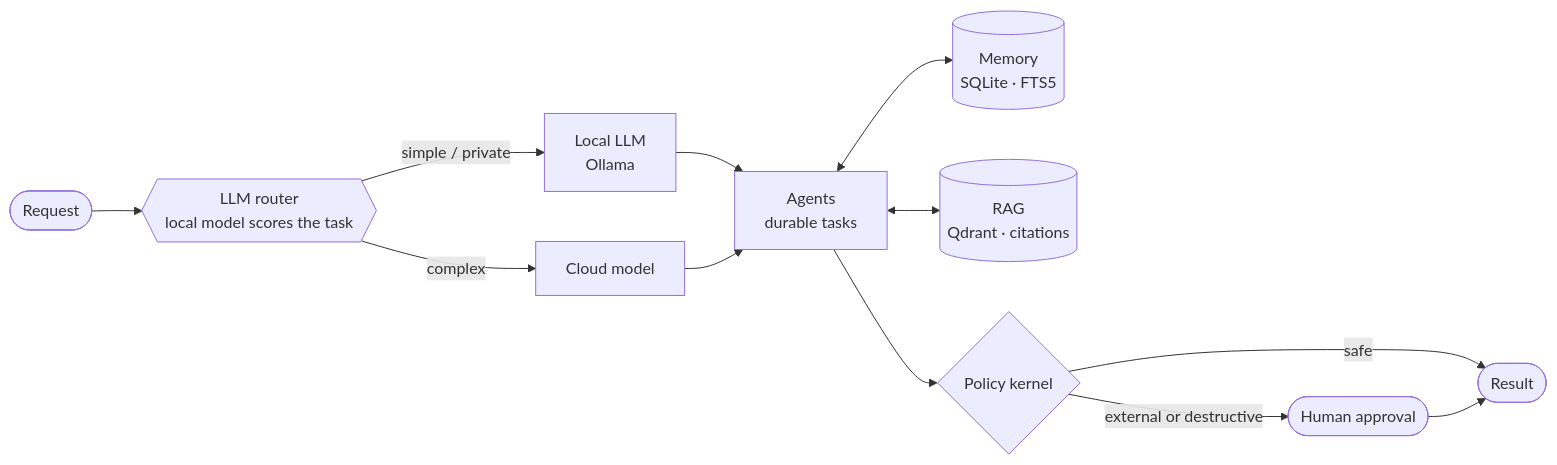
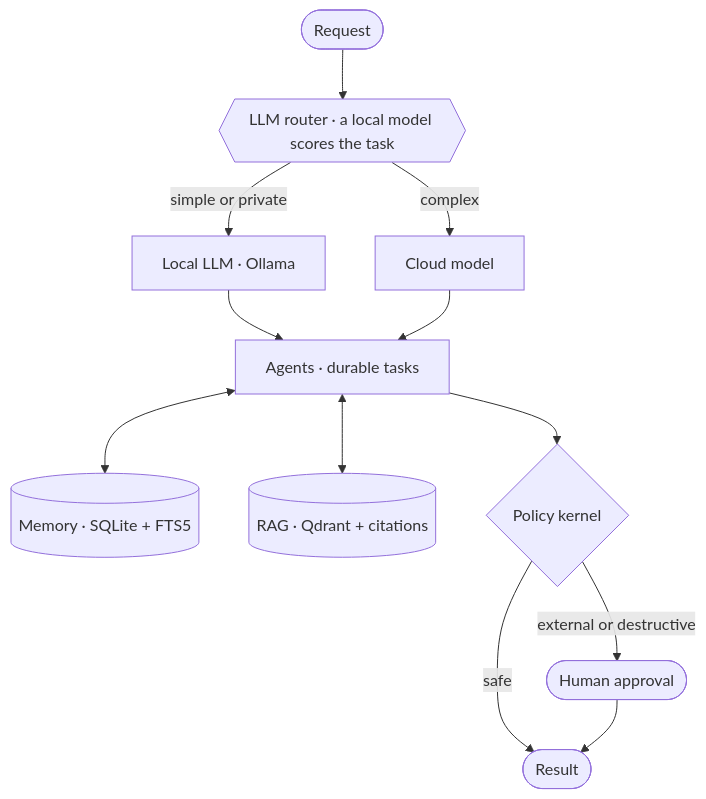
Before and after one commit to zaiddiab/zaiddiab: the diagram in README.md, drawn with Mermaid.

Commit message:
README: top-down architecture diagram for readability

````diff
--- a/README.md
+++ b/README.md
@@ -30,12 +30,14 @@
 ```mermaid
-flowchart LR
-    Q([Request]) --> R{{"LLM router<br/>local model scores the task"}}
-    R -- simple / private --> L["Local LLM<br/>Ollama"]
-    R -- complex --> C["Cloud model"]
-    L & C --> A["Agents<br/>durable tasks"]
-    A <--> M[("Memory<br/>SQLite · FTS5")]
-    A <--> K[("RAG<br/>Qdrant · citations")]
+flowchart TD
+    Q([Request]) --> R{{"LLM router · a local model scores the task"}}
+    R -->|simple or private| L["Local LLM · Ollama"]
+    R -->|complex| C["Cloud model"]
+    L --> A["Agents · durable tasks"]
+    C --> A
+    A <--> M[("Memory · SQLite + FTS5")]
+    A <--> K[("RAG · Qdrant + citations")]
     A --> P{"Policy kernel"}
-    P -- safe --> O([Result])
-    P -- external or destructive --> H(["Human approval"]) --> O
+    P -->|safe| O([Result])
+    P -->|external or destructive| H(["Human approval"])
+    H --> O
 ```
````
